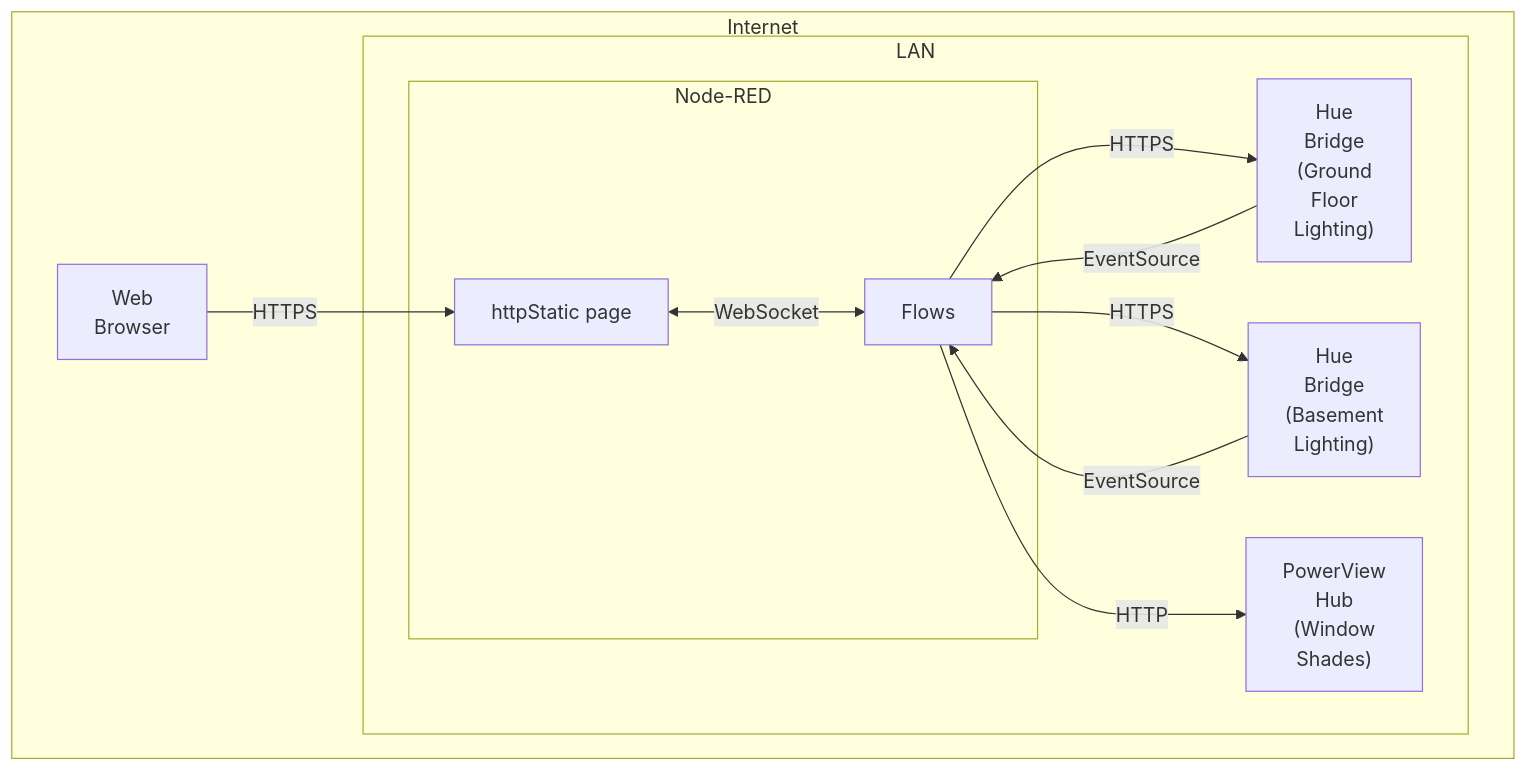
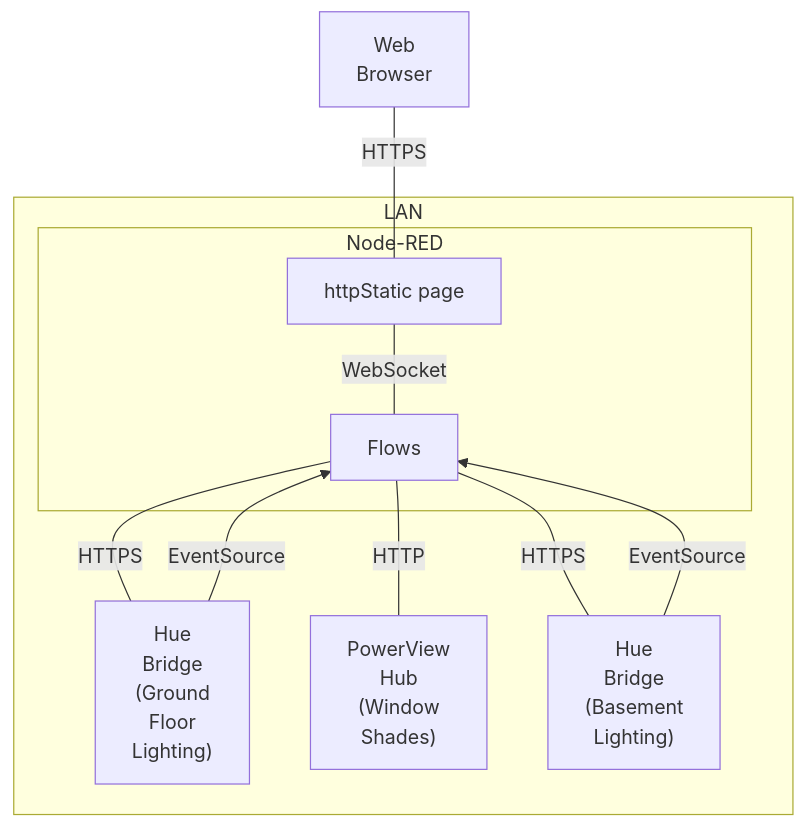
One commit to parasaurolophus/home-automation changed the diagram in README.md. Above: the diagram before and after it, drawn with Mermaid. The commit also changed other lines of this file, not shown here.

Commit message:
Improve mermaid diagram

````diff
--- a/README.md
+++ b/README.md
@@ -5,32 +5,29 @@
 ```mermaid
-graph TB
+flowchart TB
 
-  browser["Web\nBrowser"]
-  vue["httpStatic page"]
-  flows["Flows"]
-  hue1["Hue\nBridge\n(Ground\nFloor\nLighting)"]
-  hue2["Hue\nBridge\n(Basement\nLighting)"]
-  powerview["PowerView\nHub\n(Window\nShades)"]
+    browser["Web\nBrowser"]
 
-  subgraph "Internet"
+    browser -- "HTTPS" --- vue
 
-  browser -- "HTTPS" --> vue
+    subgraph lan [LAN]
 
-  subgraph LAN
+        hue1["Hue\nBridge\n(Ground\nFloor\nLighting)"]
+        powerview["PowerView\nHub\n(Window\nShades)"]
+        hue2["Hue\nBridge\n(Basement\nLighting)"]
 
-    subgraph Node-RED  
-        vue <-- "WebSocket" --> flows
+        subgraph nodered [Node-RED]
+
+            vue["httpStatic page"]
+            flows["Flows"]
+            vue -- "WebSocket" --- flows
+
+        end
+
+        flows -- "HTTPS" --- hue1
+        flows -- "HTTP" --- powerview
+        flows -- "HTTPS" --- hue2
+        hue1 -- "EventSource" --> flows
+        hue2 -- "EventSource" --> flows
+
     end
-
-    flows -- "HTTPS" --> hue1
-    hue1 -- "EventSource" --> flows
-
-    flows -- "HTTPS" --> hue2
-    hue2 -- "EventSource" --> flows
-
-    flows -- "HTTP" --> powerview
-
-  end
-
-  end
 ```
````
